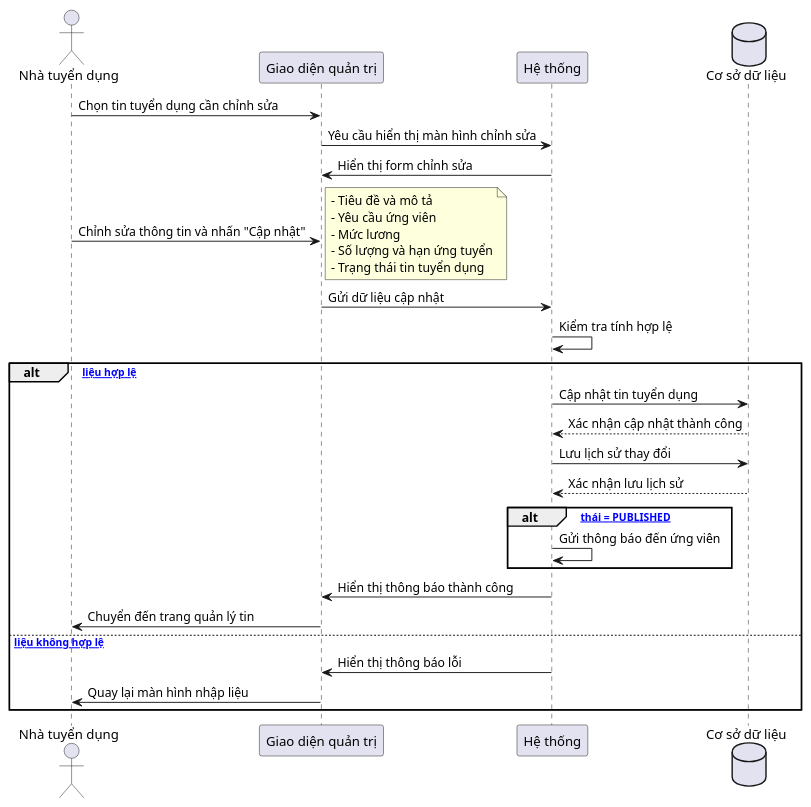
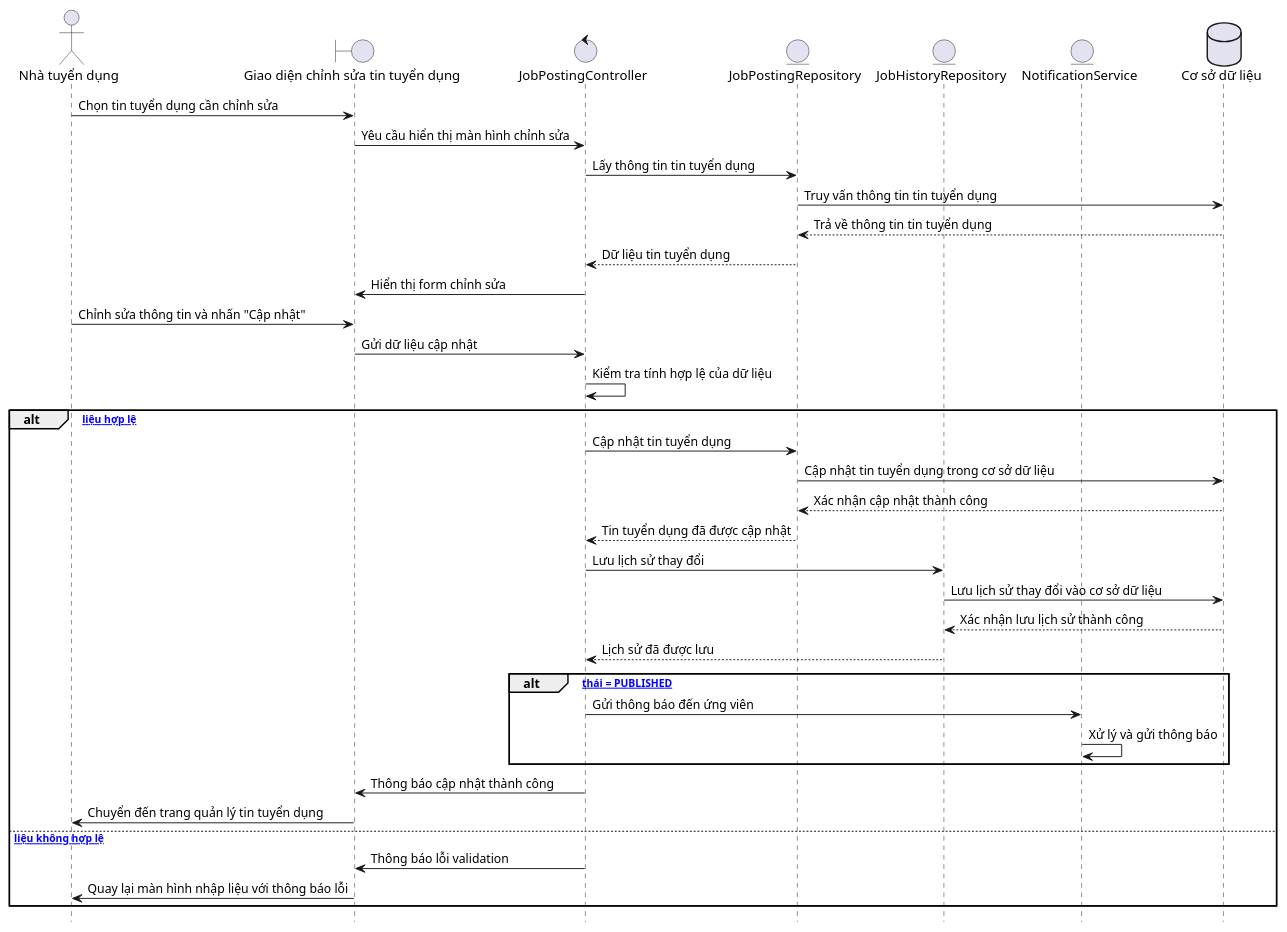
Before and after one commit to felix-253/TechLeet-server: the diagram in sequence/UC-04/UC-04-simple-sequence.wsd, drawn with PlantUML. The commit also changed 20 other files, not shown here.

Commit message:
document: flow screen cv and suggest cv

```diff
--- a/sequence/UC-04/UC-04-simple-sequence.wsd
+++ b/sequence/UC-04/UC-04-simple-sequence.wsd
@@ -1,41 +1,50 @@
 @startuml UC-04: Cập nhật thông tin tuyển dụng
+hide footbox
+skinparam ParticipantPadding 10
+skinparam BoxPadding 5
 
-actor "Nhà tuyển dụng" as HM
-participant "Giao diện quản trị" as FE
-participant "Hệ thống" as System
-database "Cơ sở dữ liệu" as DB
+actor "Nhà tuyển dụng" as HiringManager
+boundary "Giao diện chỉnh sửa tin tuyển dụng" as EditJobUI
+control "JobPostingController" as JobPostingController
+entity "JobPostingRepository" as JobPostingRepo
+entity "JobHistoryRepository" as JobHistoryRepo
+entity "NotificationService" as NotificationService
+database "Cơ sở dữ liệu" as Database
 
-HM -> FE: Chọn tin tuyển dụng cần chỉnh sửa
-FE -> System: Yêu cầu hiển thị màn hình chỉnh sửa
-System -> FE: Hiển thị form chỉnh sửa
+HiringManager -> EditJobUI: Chọn tin tuyển dụng cần chỉnh sửa
+EditJobUI -> JobPostingController: Yêu cầu hiển thị màn hình chỉnh sửa
+JobPostingController -> JobPostingRepo: Lấy thông tin tin tuyển dụng
+JobPostingRepo -> Database: Truy vấn thông tin tin tuyển dụng
+Database --> JobPostingRepo: Trả về thông tin tin tuyển dụng
+JobPostingRepo --> JobPostingController: Dữ liệu tin tuyển dụng
+JobPostingController -> EditJobUI: Hiển thị form chỉnh sửa
 
-HM -> FE: Chỉnh sửa thông tin và nhấn "Cập nhật"
-note right
-  - Tiêu đề và mô tả
-  - Yêu cầu ứng viên
-  - Mức lương
-  - Số lượng và hạn ứng tuyển
-  - Trạng thái tin tuyển dụng
-end note
+HiringManager -> EditJobUI: Chỉnh sửa thông tin và nhấn "Cập nhật"
 
-FE -> System: Gửi dữ liệu cập nhật
-System -> System: Kiểm tra tính hợp lệ
+EditJobUI -> JobPostingController: Gửi dữ liệu cập nhật
+JobPostingController -> JobPostingController: Kiểm tra tính hợp lệ của dữ liệu
 
 alt [Dữ liệu hợp lệ]
-    System -> DB: Cập nhật tin tuyển dụng
-    DB --> System: Xác nhận cập nhật thành công
-    System -> DB: Lưu lịch sử thay đổi
-    DB --> System: Xác nhận lưu lịch sử
+    JobPostingController -> JobPostingRepo: Cập nhật tin tuyển dụng
+    JobPostingRepo -> Database: Cập nhật tin tuyển dụng trong cơ sở dữ liệu
+    Database --> JobPostingRepo: Xác nhận cập nhật thành công
+    JobPostingRepo --> JobPostingController: Tin tuyển dụng đã được cập nhật
+    
+    JobPostingController -> JobHistoryRepo: Lưu lịch sử thay đổi
+    JobHistoryRepo -> Database: Lưu lịch sử thay đổi vào cơ sở dữ liệu
+    Database --> JobHistoryRepo: Xác nhận lưu lịch sử thành công
+    JobHistoryRepo --> JobPostingController: Lịch sử đã được lưu
     
     alt [Trạng thái = PUBLISHED]
-        System -> System: Gửi thông báo đến ứng viên
+        JobPostingController -> NotificationService: Gửi thông báo đến ứng viên
+        NotificationService -> NotificationService: Xử lý và gửi thông báo
     end
     
-    System -> FE: Hiển thị thông báo thành công
-    FE -> HM: Chuyển đến trang quản lý tin
+    JobPostingController -> EditJobUI: Thông báo cập nhật thành công
+    EditJobUI -> HiringManager: Chuyển đến trang quản lý tin tuyển dụng
 else [Dữ liệu không hợp lệ]
-    System -> FE: Hiển thị thông báo lỗi
-    FE -> HM: Quay lại màn hình nhập liệu
+    JobPostingController -> EditJobUI: Thông báo lỗi validation
+    EditJobUI -> HiringManager: Quay lại màn hình nhập liệu với thông báo lỗi
 end
 
 @enduml
```
